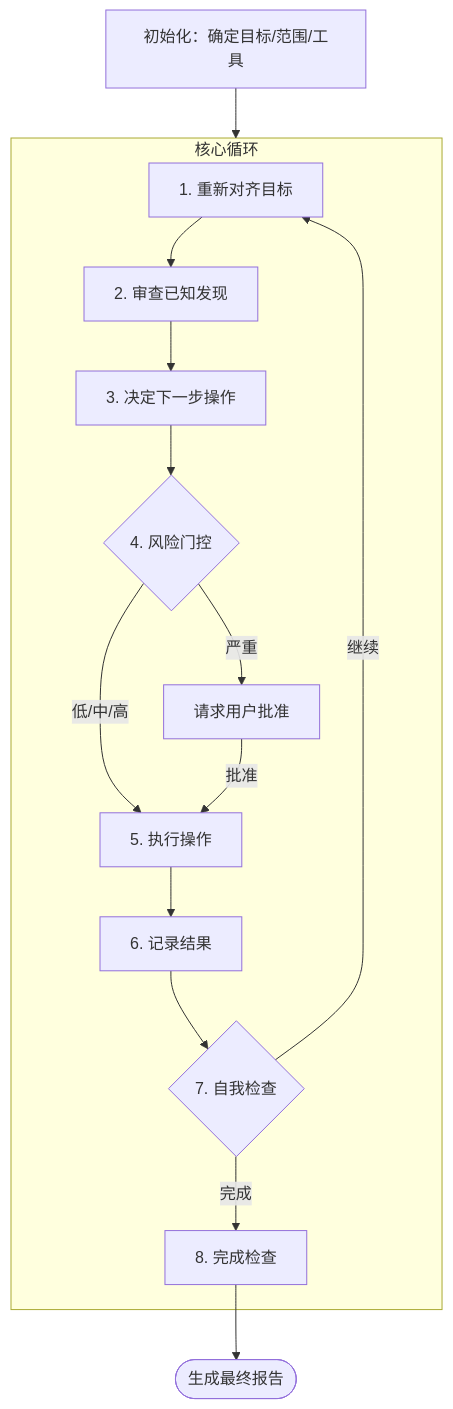
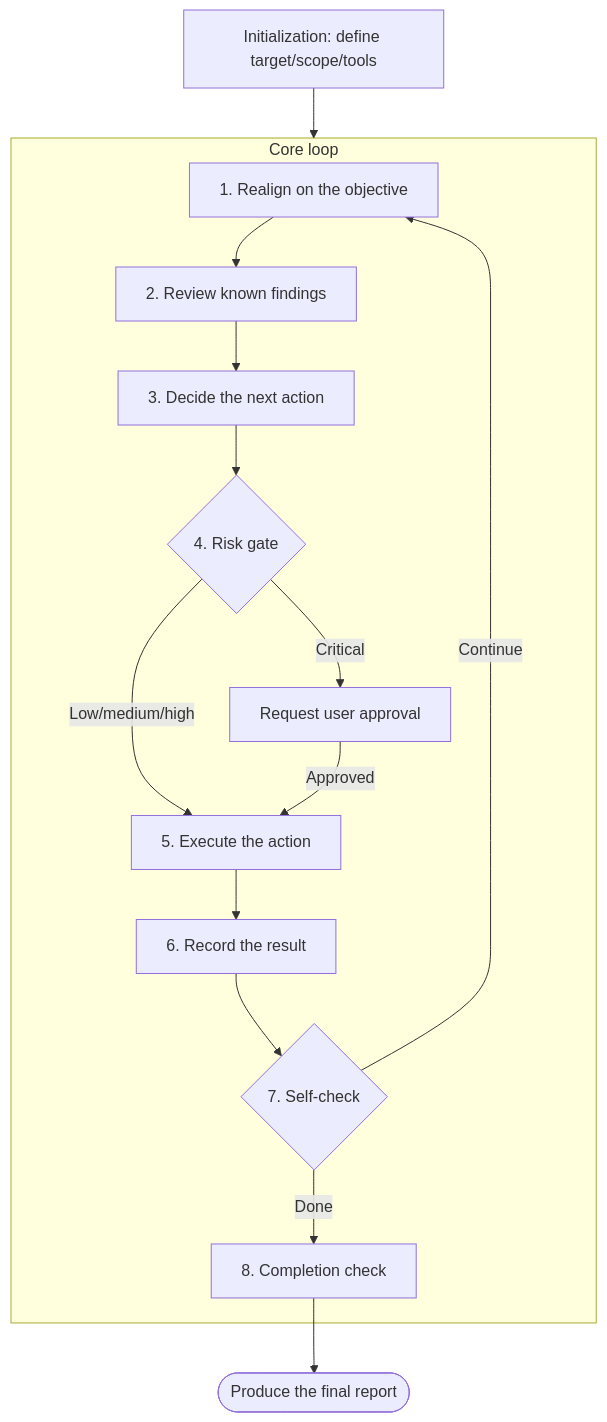
Before and after one commit to dbx0/skills: the fourth of 7 diagrams in skills/_infra/reverse-engineering-ctf-repo/ARCHITECTURE.md, drawn with Mermaid. The commit also changed other lines of this file and 172 other files, not shown here.

````diff
--- a/skills/_infra/reverse-engineering-ctf-repo/ARCHITECTURE.md
+++ b/skills/_infra/reverse-engineering-ctf-repo/ARCHITECTURE.md
@@ -131,19 +131,19 @@
 ```mermaid
 flowchart TD
-    Init[初始化：确定目标/范围/工具] --> Loop
+    Init[Initialization: define target/scope/tools] --> Loop
 
-    subgraph Loop[核心循环]
-        Align[1. 重新对齐目标] --> Review[2. 审查已知发现]
-        Review --> Decide[3. 决定下一步操作]
-        Decide --> Risk{4. 风险门控}
-        Risk -->|低/中/高| Exec[5. 执行操作]
-        Risk -->|严重| Ask[请求用户批准]
-        Ask -->|批准| Exec
-        Exec --> Record[6. 记录结果]
-        Record --> Check{7. 自我检查}
-        Check -->|继续| Align
-        Check -->|完成| Done
+    subgraph Loop[Core loop]
+        Align[1. Realign on the objective] --> Review[2. Review known findings]
+        Review --> Decide[3. Decide the next action]
+        Decide --> Risk{4. Risk gate}
+        Risk -->|Low/medium/high| Exec[5. Execute the action]
+        Risk -->|Critical| Ask[Request user approval]
+        Ask -->|Approved| Exec
+        Exec --> Record[6. Record the result]
+        Record --> Check{7. Self-check}
+        Check -->|Continue| Align
+        Check -->|Done| Done
     end
 
-    Done[8. 完成检查] --> Report([生成最终报告])
+    Done[8. Completion check] --> Report([Produce the final report])
 ```
````
